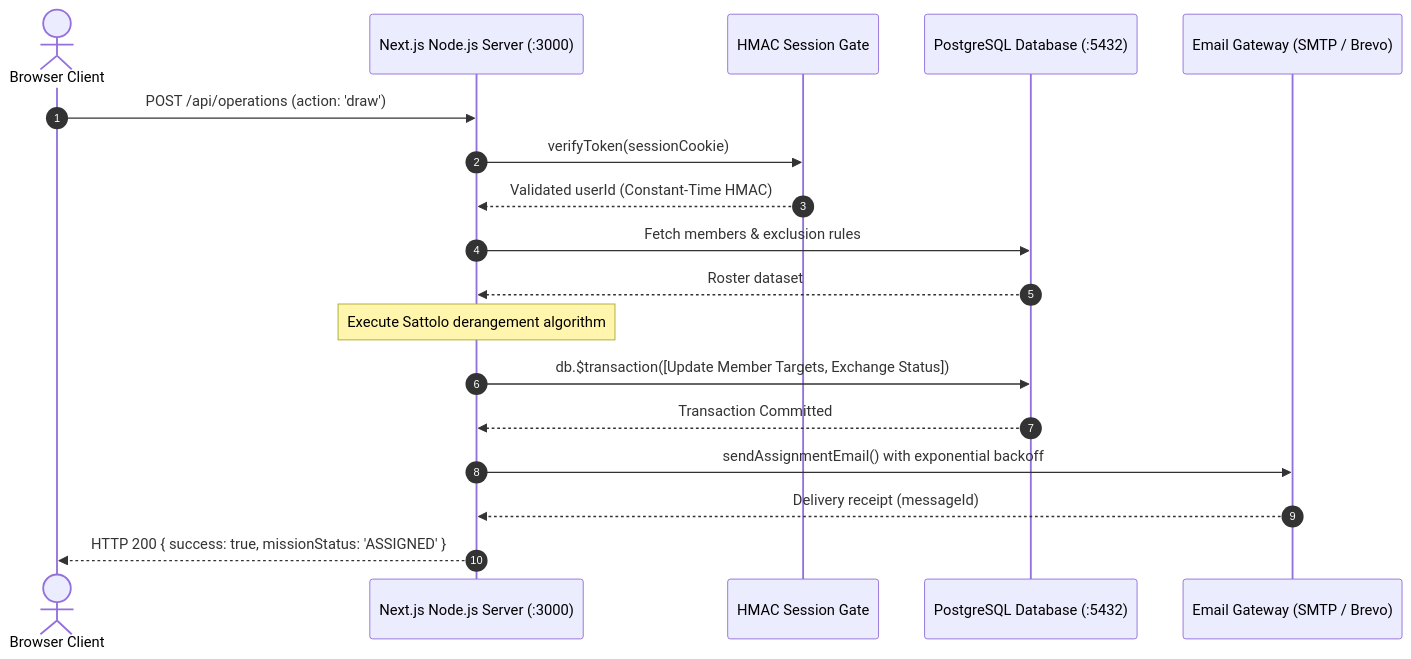
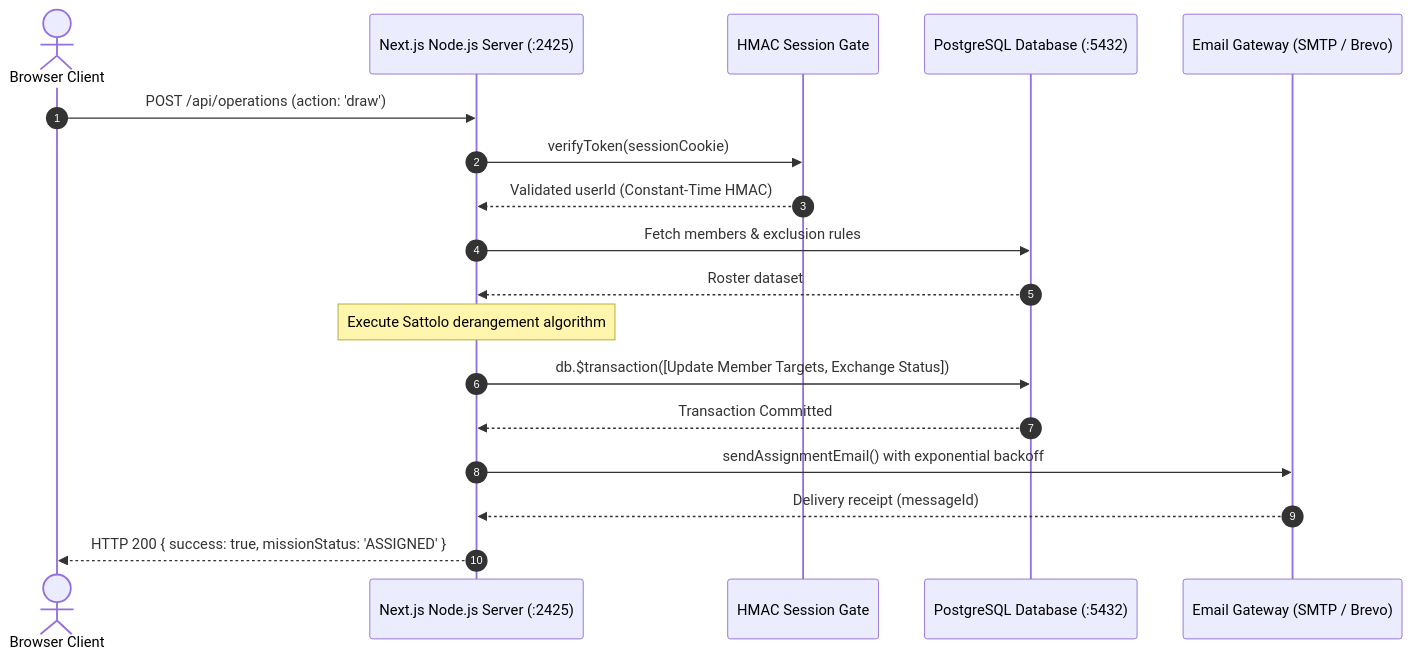
The second of 3 diagrams in docs/ARCHITECTURE.md (MrJSimpson/KovertKlaus), drawn with Mermaid before and after one commit. The commit also changed other lines of this file and 13 other files, not shown here.

````diff
--- a/docs/ARCHITECTURE.md
+++ b/docs/ARCHITECTURE.md
@@ -58,21 +58,21 @@
 ```mermaid
 sequenceDiagram
     autonumber
     actor Operative as Browser Client
-    participant App as Next.js Node.js Server (:3000)
+    participant App as Next.js Node.js Server (:2425)
     participant Auth as HMAC Session Gate
     participant DB as PostgreSQL Database (:5432)
     participant Email as Email Gateway (SMTP / Brevo)
 
     Operative->>App: POST /api/operations (action: 'draw')
     App->>Auth: verifyToken(sessionCookie)
     Auth-->>App: Validated userId (Constant-Time HMAC)
     App->>DB: Fetch members & exclusion rules
     DB-->>App: Roster dataset
     Note over App: Execute Sattolo derangement algorithm
     App->>DB: db.$transaction([Update Member Targets, Exchange Status])
     DB-->>App: Transaction Committed
     App->>Email: sendAssignmentEmail() with exponential backoff
     Email-->>App: Delivery receipt (messageId)
     App-->>Operative: HTTP 200 { success: true, missionStatus: 'ASSIGNED' }
 ```
````
